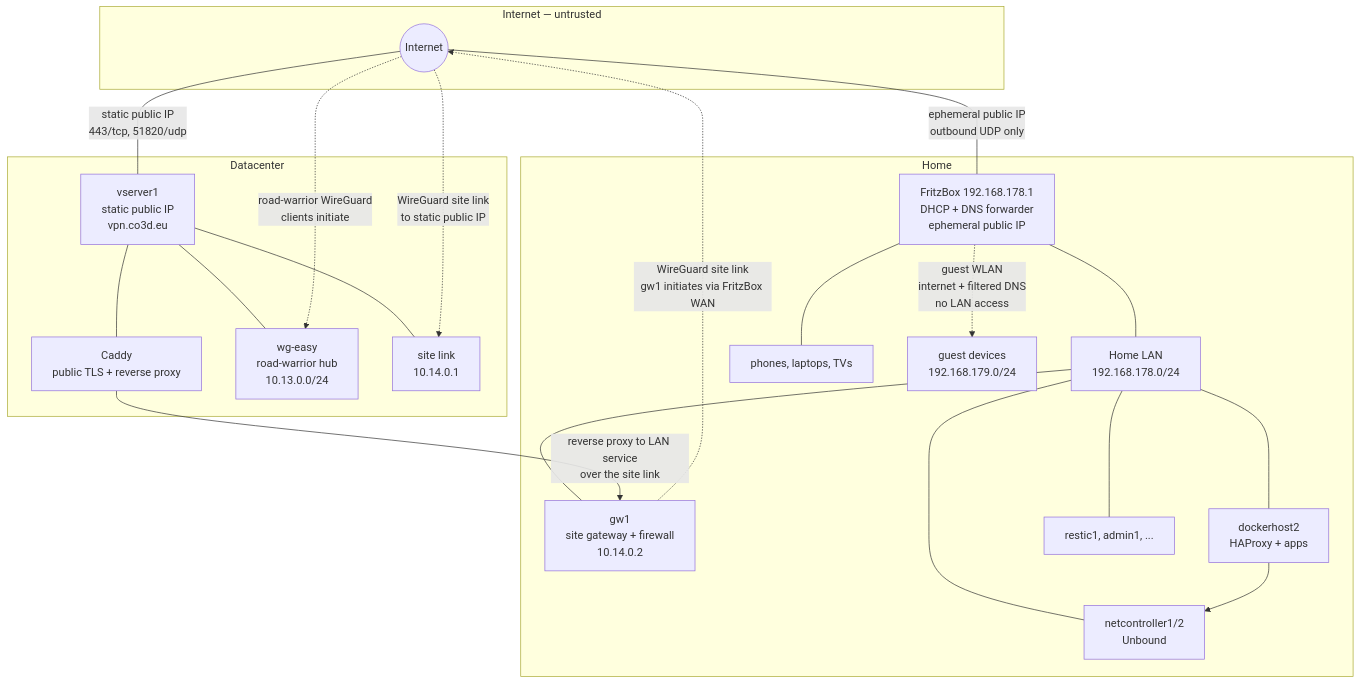
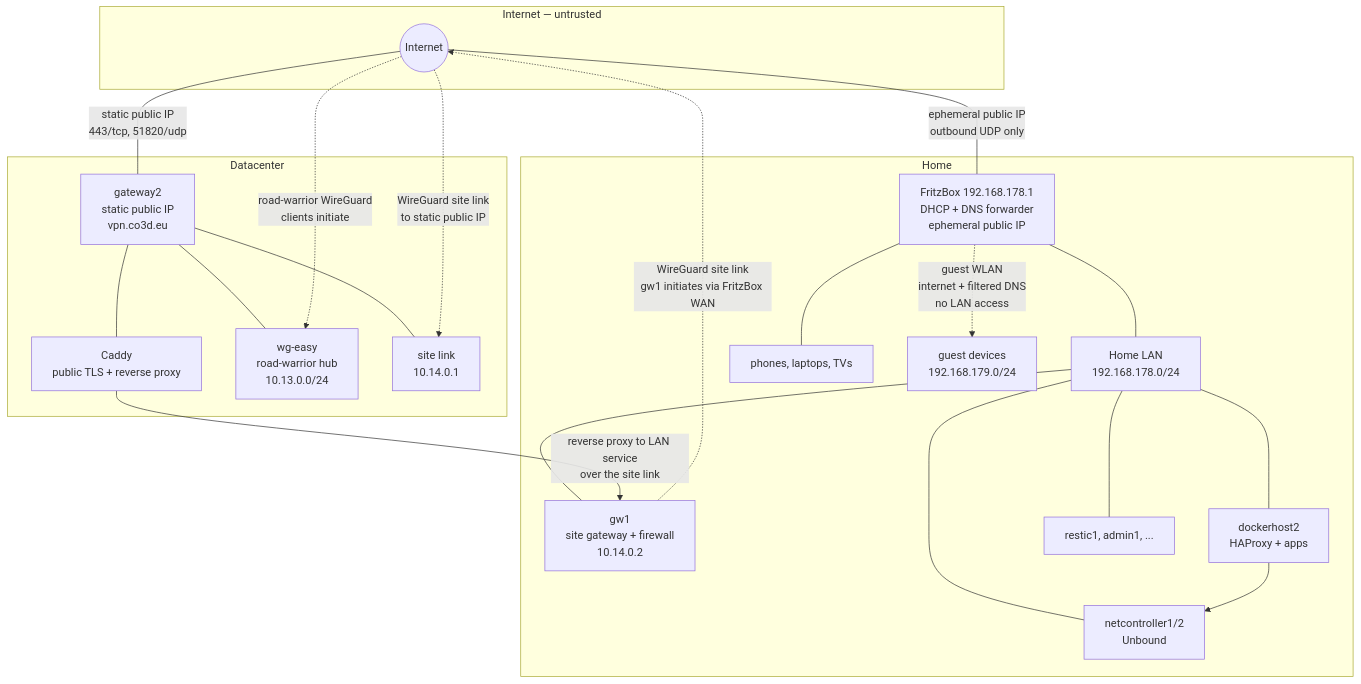
One commit to rocketpie/homelab changed the first of 5 diagrams in context/guides/network/design.md. Above: the diagram before and after it, drawn with Mermaid. The commit also changed other lines of this file and 15 other files, not shown here.

````diff
--- a/context/guides/network/design.md
+++ b/context/guides/network/design.md
@@ -12,44 +12,44 @@
 ```mermaid
 flowchart TB
     subgraph Internet["Internet — untrusted"]
         INET(("Internet"))
     end
 
     subgraph DC["Datacenter"]
-        VSPUB["vserver1<br/>static public IP<br/>vpn.co3d.eu"]
+        VSPUB["gateway2<br/>static public IP<br/>vpn.co3d.eu"]
         CADDY["Caddy<br/>public TLS + reverse proxy"]
         WGEASY["wg-easy<br/>road-warrior hub<br/>10.13.0.0/24"]
         SITEV["site link<br/>10.14.0.1"]
         VSPUB --- CADDY
         VSPUB --- WGEASY
         VSPUB --- SITEV
     end
 
     subgraph HOME["Home"]
         FB["FritzBox 192.168.178.1<br/>DHCP + DNS forwarder<br/>ephemeral public IP"]
         LANBUS["Home LAN<br/>192.168.178.0/24"]
         GW1["gw1<br/>site gateway + firewall<br/>10.14.0.2"]
         DNS["netcontroller1/2<br/>Unbound"]
         APPS["dockerhost2<br/>HAProxy + apps"]
         OTHERS["restic1, admin1, ..."]
         CLIENTS["phones, laptops, TVs"]
         GUESTS["guest devices<br/>192.168.179.0/24"]
 
         FB --- LANBUS
         LANBUS --- GW1
         LANBUS --- DNS
         LANBUS --- APPS
         LANBUS --- OTHERS
         FB --- CLIENTS
         FB -.->|"guest WLAN<br/>internet + filtered DNS<br/>no LAN access"| GUESTS
     end
 
     INET ---|"static public IP<br/>443/tcp, 51820/udp"| VSPUB
     INET ---|"ephemeral public IP<br/>outbound UDP only"| FB
 
     GW1 -.->|"WireGuard site link<br/>gw1 initiates via FritzBox WAN"| INET
     INET -.->|"WireGuard site link<br/>to static public IP"| SITEV
     INET -.->|"road-warrior WireGuard<br/>clients initiate"| WGEASY
     CADDY -->|"reverse proxy to LAN service<br/>over the site link"| GW1
     APPS --> DNS
 ```
````
